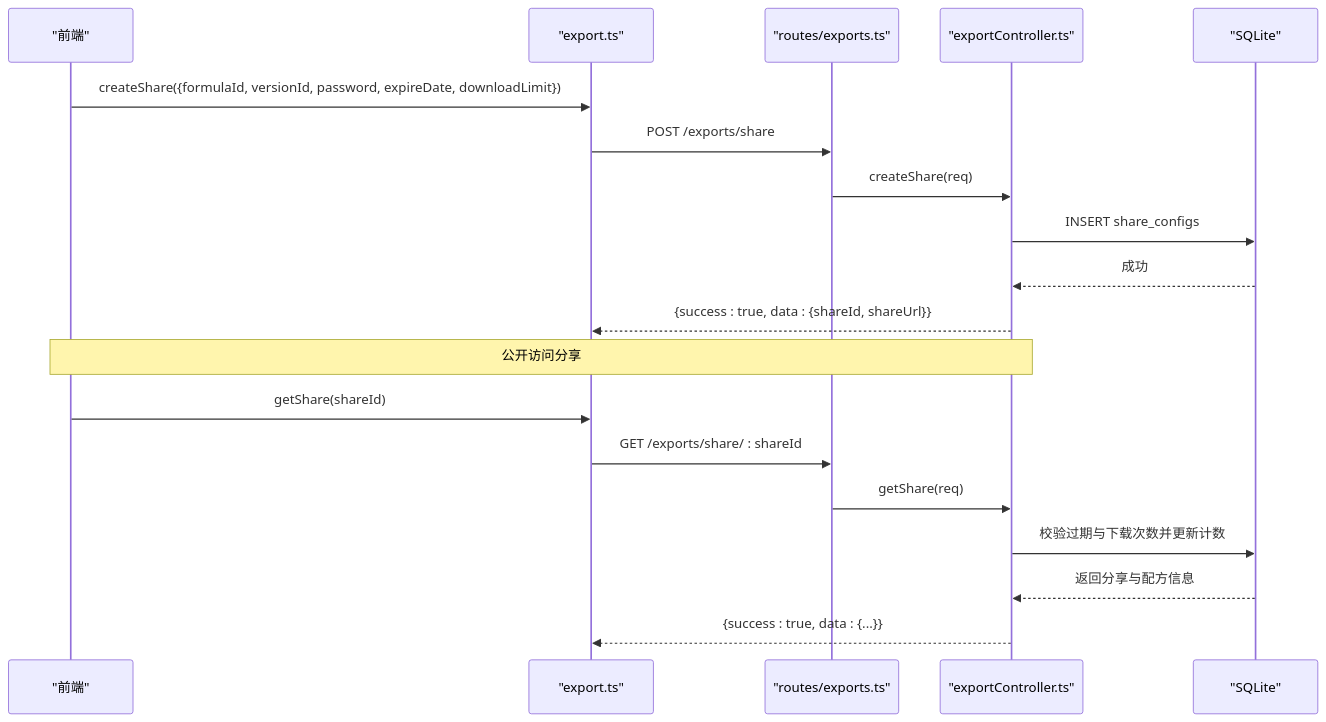
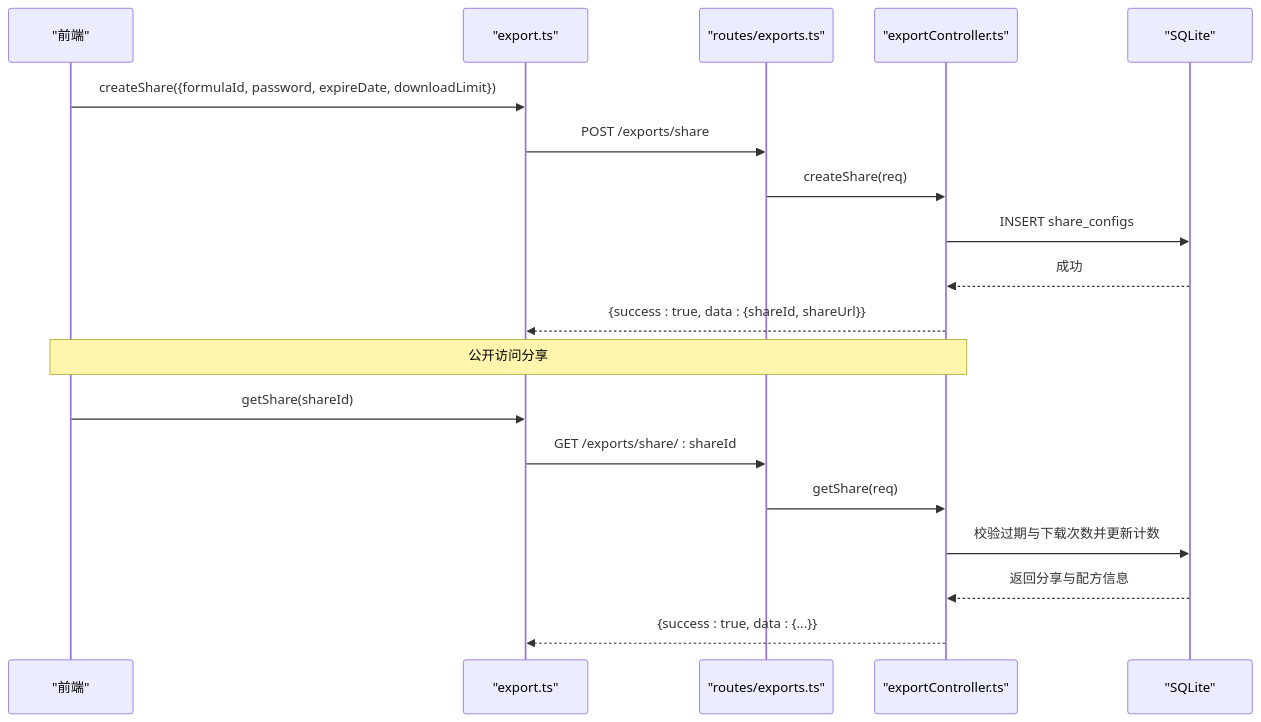
One commit to xpretycn/TingStudio changed the seventh of 10 diagrams in .qoder/repowiki/zh/content/后端开发指南/控制器层实现/导出控制器.md. Above: the diagram before and after it, drawn with Mermaid. The commit also changed other lines of this file and 56 other files, not shown here.

````diff
--- a/.qoder/repowiki/zh/content/后端开发指南/控制器层实现/导出控制器.md
+++ b/.qoder/repowiki/zh/content/后端开发指南/控制器层实现/导出控制器.md
@@ -210,21 +285,21 @@
 ```mermaid
 sequenceDiagram
 participant FE as "前端"
 participant API as "export.ts"
 participant ROUTES as "routes/exports.ts"
 participant CTRL as "exportController.ts"
 participant DB as "SQLite"
-FE->>API : createShare({formulaId, versionId, password, expireDate, downloadLimit})
+FE->>API : createShare({formulaId, password, expireDate, downloadLimit})
 API->>ROUTES : POST /exports/share
 ROUTES->>CTRL : createShare(req)
 CTRL->>DB : INSERT share_configs
 DB-->>CTRL : 成功
 CTRL-->>API : {success : true, data : {shareId, shareUrl}}
 Note over FE,CTRL : 公开访问分享
 FE->>API : getShare(shareId)
 API->>ROUTES : GET /exports/share/ : shareId
 ROUTES->>CTRL : getShare(req)
 CTRL->>DB : 校验过期与下载次数并更新计数
 DB-->>CTRL : 返回分享与配方信息
 CTRL-->>API : {success : true, data : {...}}
 ```
````
